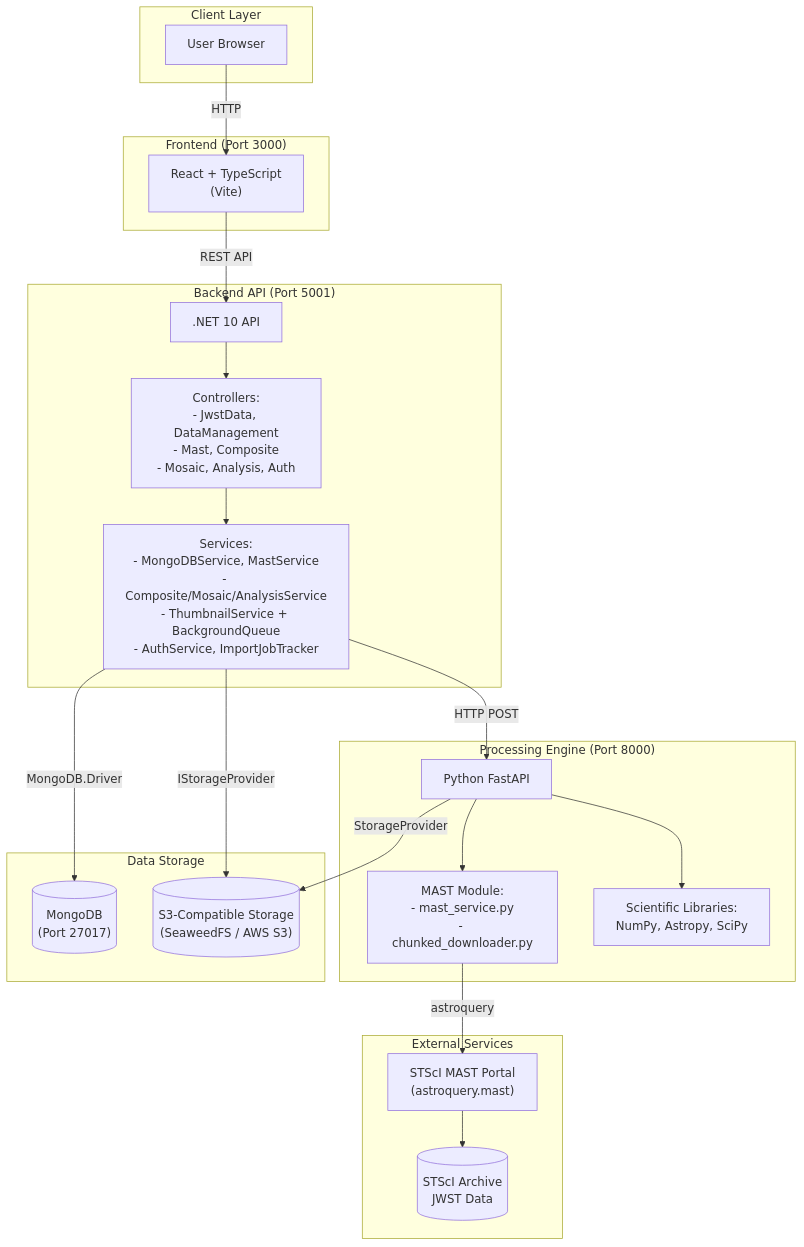
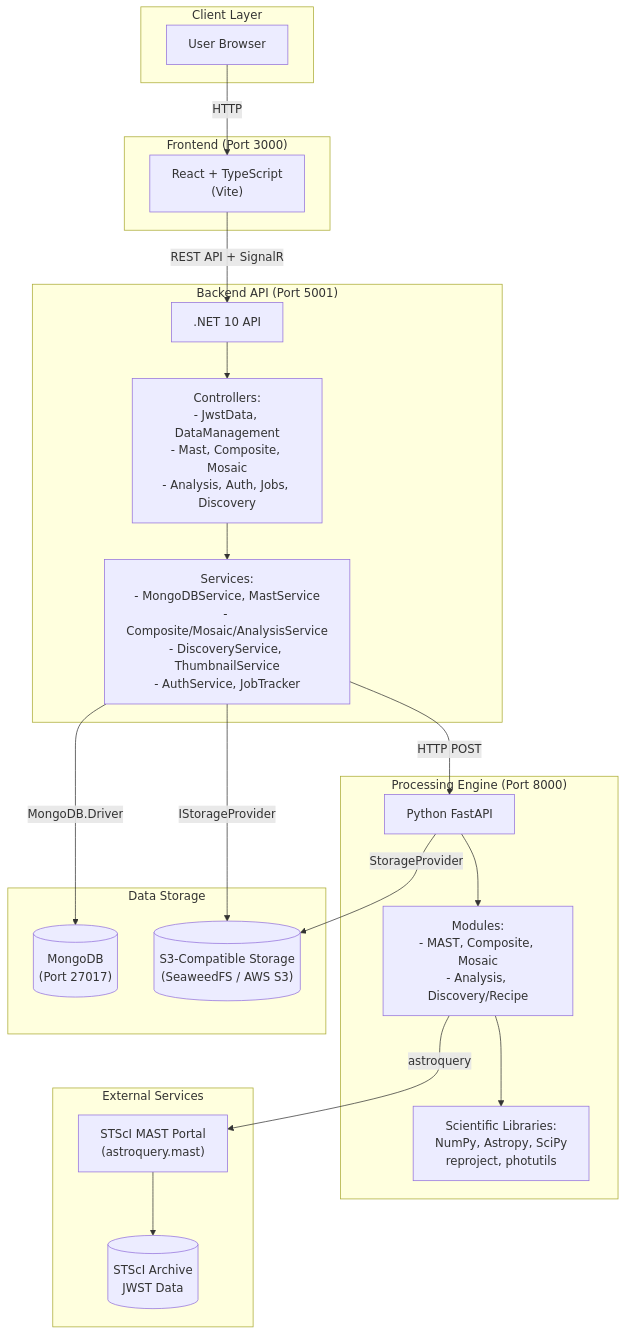
One commit to Snoww3d/jwst-data-analysis changed the first of 16 diagrams in docs/architecture.md. Above: the diagram before and after it, drawn with Mermaid. The commit also changed other lines of this file, not shown here.

First line of the commit message:
docs: comprehensive architecture diagram update

````diff
--- a/docs/architecture.md
+++ b/docs/architecture.md
@@ -22,45 +31,45 @@
 ```mermaid
 flowchart TB
     subgraph Client["Client Layer"]
         Browser["User Browser"]
     end
 
     subgraph Frontend["Frontend (Port 3000)"]
         React["React + TypeScript\n(Vite)"]
     end
 
     subgraph Backend["Backend API (Port 5001)"]
         DotNet[".NET 10 API"]
-        Controllers["Controllers:\n- JwstData, DataManagement\n- Mast, Composite\n- Mosaic, Analysis, Auth"]
-        Services["Services:\n- MongoDBService, MastService\n- Composite/Mosaic/AnalysisService\n- ThumbnailService + BackgroundQueue\n- AuthService, ImportJobTracker"]
+        Controllers["Controllers:\n- JwstData, DataManagement\n- Mast, Composite, Mosaic\n- Analysis, Auth, Jobs, Discovery"]
+        Services["Services:\n- MongoDBService, MastService\n- Composite/Mosaic/AnalysisService\n- DiscoveryService, ThumbnailService\n- AuthService, JobTracker"]
     end
 
     subgraph Processing["Processing Engine (Port 8000)"]
         FastAPI["Python FastAPI"]
-        MastModule["MAST Module:\n- mast_service.py\n- chunked_downloader.py"]
-        SciLibs["Scientific Libraries:\nNumPy, Astropy, SciPy"]
+        Modules["Modules:\n- MAST, Composite, Mosaic\n- Analysis, Discovery/Recipe"]
+        SciLibs["Scientific Libraries:\nNumPy, Astropy, SciPy\nreproject, photutils"]
     end
 
     subgraph Storage["Data Storage"]
         MongoDB[("MongoDB\n(Port 27017)")]
         ObjectStore[("S3-Compatible Storage\n(SeaweedFS / AWS S3)")]
     end
 
     subgraph External["External Services"]
         MAST["STScI MAST Portal\n(astroquery.mast)"]
         STScI[("STScI Archive\nJWST Data")]
     end
 
     Browser -->|HTTP| React
-    React -->|REST API| DotNet
+    React -->|REST API + SignalR| DotNet
     DotNet --> Controllers
     Controllers --> Services
     Services -->|MongoDB.Driver| MongoDB
     Services -->|HTTP POST| FastAPI
     Services -->|IStorageProvider| ObjectStore
-    FastAPI --> MastModule
-    FastAPI --> SciLibs
-    MastModule -->|astroquery| MAST
+    FastAPI --> Modules
+    Modules --> SciLibs
+    Modules -->|astroquery| MAST
     MAST --> STScI
     FastAPI -->|StorageProvider| ObjectStore
 ```
````
